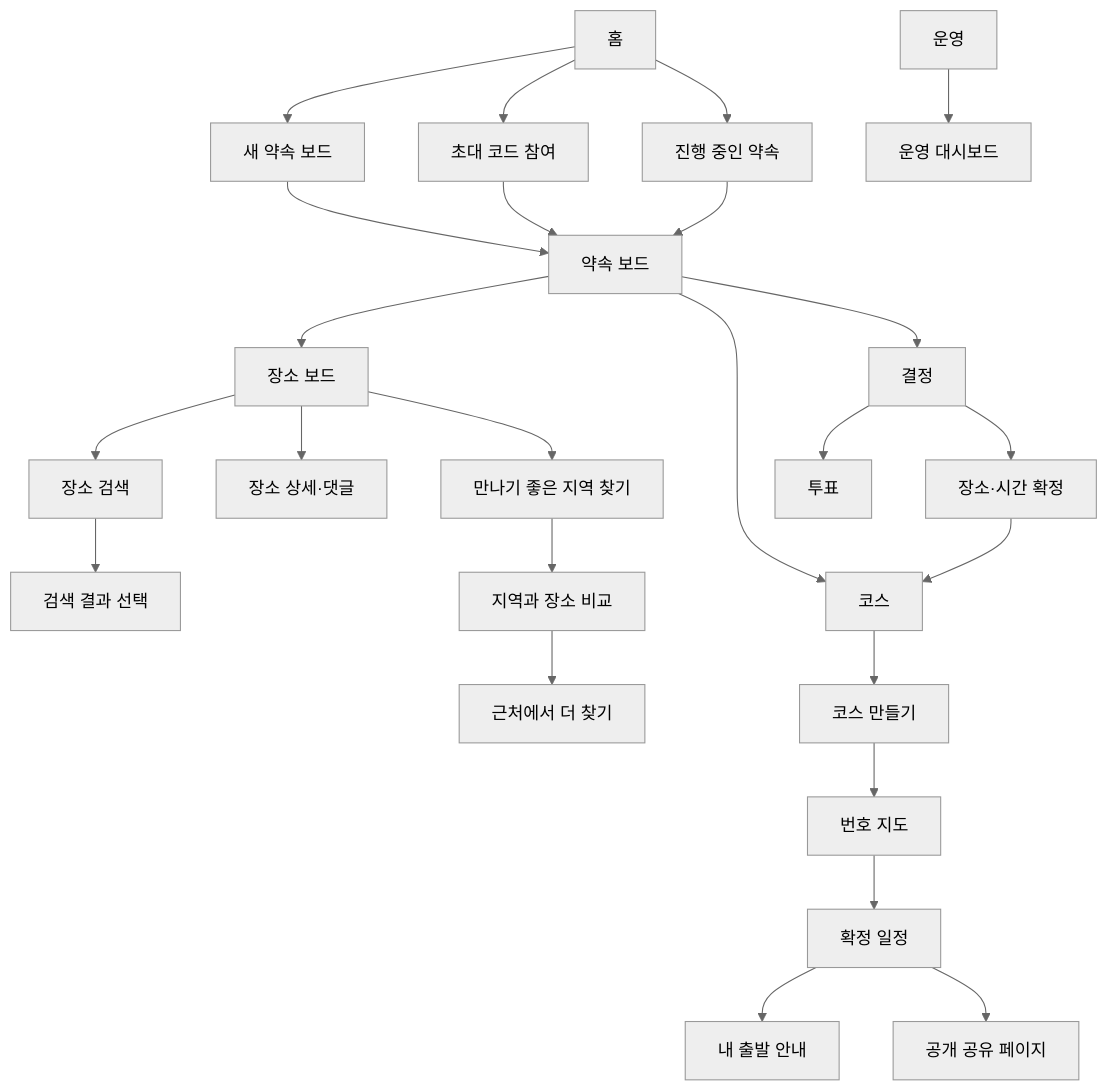
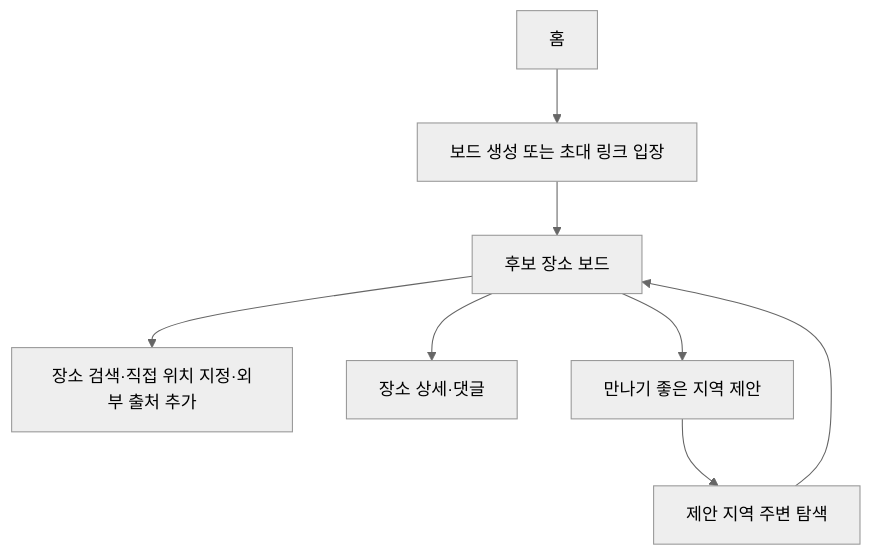
The diagram in specs/기능명세서_v1.3.md (2026-Siheung-SW-Bootcamp-Team-D/docs), drawn with Mermaid (neutral theme) before and after one commit. The commit also changed other lines of this file and 6 other files, not shown here.

````diff
--- a/specs/기능명세서_v1.3.md
+++ b/specs/기능명세서_v1.3.md
@@ -104,33 +99,10 @@
 ```mermaid
 flowchart TD
-    H["홈"] --> N["새 약속 보드"]
-    H --> J["초대 코드 참여"]
-    H --> M["진행 중인 약속"]
-
-    N --> B["약속 보드"]
-    J --> B
-    M --> B
-
-    B --> P["장소 보드"]
-    B --> C["코스"]
-    B --> D["결정"]
-
-    P --> I["장소 검색"]
-    I --> V["검색 결과 선택"]
-    P --> PD["장소 상세·댓글"]
-    P --> A["만나기 좋은 지역 찾기"]
-    A --> AR["지역과 장소 비교"]
-    AR --> E["근처에서 더 찾기"]
-
-    D --> VT["투표"]
-    D --> CF["장소·시간 확정"]
-    CF --> C
-
-    C --> CB["코스 만들기"]
-    CB --> CM["번호 지도"]
-    CM --> CI["확정 일정"]
-    CI --> DP["내 출발 안내"]
-    CI --> S["공개 공유 페이지"]
-
-    O["운영"] --> OD["운영 대시보드"]
+    H["홈"] --> B["보드 생성 또는 초대 링크 입장"]
+    B --> O["후보 장소 보드"]
+    O --> S["장소 검색·직접 위치 지정·외부 출처 추가"]
+    O --> D["장소 상세·댓글"]
+    O --> A["만나기 좋은 지역 제안"]
+    A --> R["제안 지역 주변 탐색"]
+    R --> O
 ```
````
